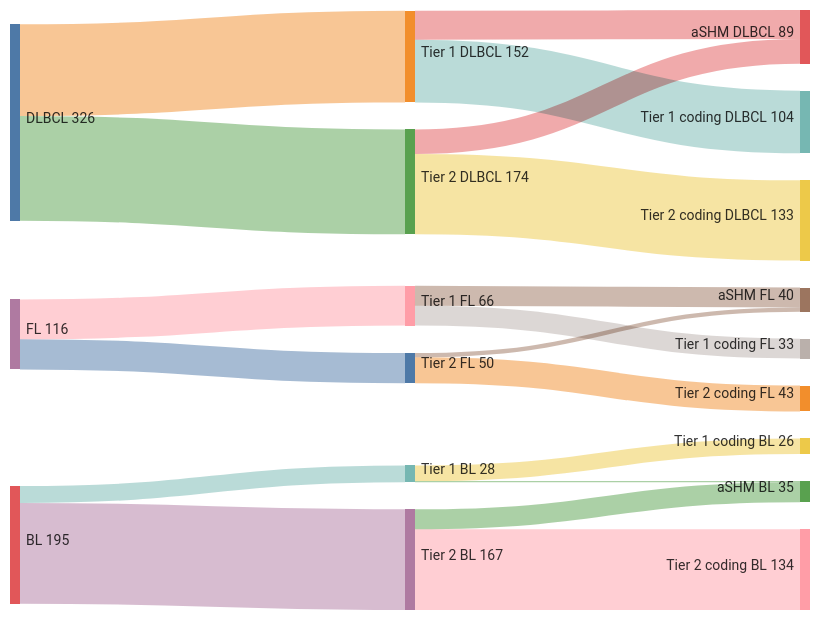
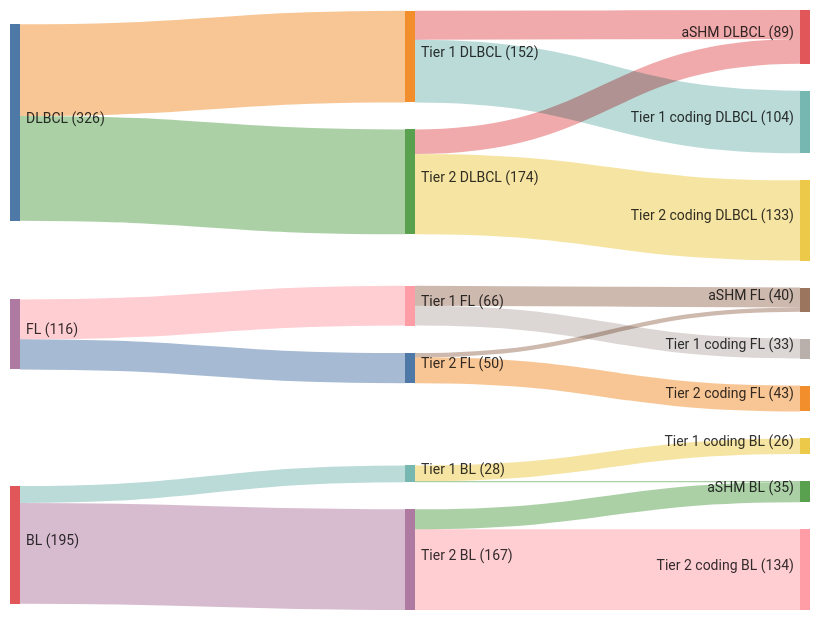
One commit to morinlab/lymphopedia changed the diagram in sankey_with_ashm.md. Above: the diagram before and after it, drawn with Mermaid.

Commit message:
Updated sankey_with_ashm (markdown)

````diff
--- a/sankey_with_ashm.md
+++ b/sankey_with_ashm.md
@@ -1,39 +1,41 @@
 ```mermaid
 ---
 config:
   sankey:
     showValues: true
     linkColor: target
     width: 800
     height: 600
+    prefix: "("
+    suffix: ")"
     nodeAlignment: right
 ---
 sankey-beta
 DLBCL, Tier 1 DLBCL, 152
 Tier 1 DLBCL, aSHM DLBCL, 48
 Tier 1 DLBCL, Tier 1 coding DLBCL, 104
 
 DLBCL, Tier 2 DLBCL, 174
 Tier 2 DLBCL, aSHM DLBCL, 41
 Tier 2 DLBCL, Tier 2 coding DLBCL, 133
 
 FL, Tier 1 FL, 66
 Tier 1 FL, aSHM FL, 33
 Tier 1 FL, Tier 1 coding FL, 33
 
 FL, Tier 2 FL, 50
 Tier 2 FL, aSHM FL, 7
 Tier 2 FL, Tier 2 coding FL, 43
 
 
 BL, Tier 1 BL, 28
 Tier 1 BL, aSHM BL, 2
 Tier 1 BL, Tier 1 coding BL, 26
 
 BL, Tier 2 BL, 167
 Tier 2 BL, aSHM BL, 33
 Tier 2 BL, Tier 2 coding BL, 134
 
 
 
 ```
````
